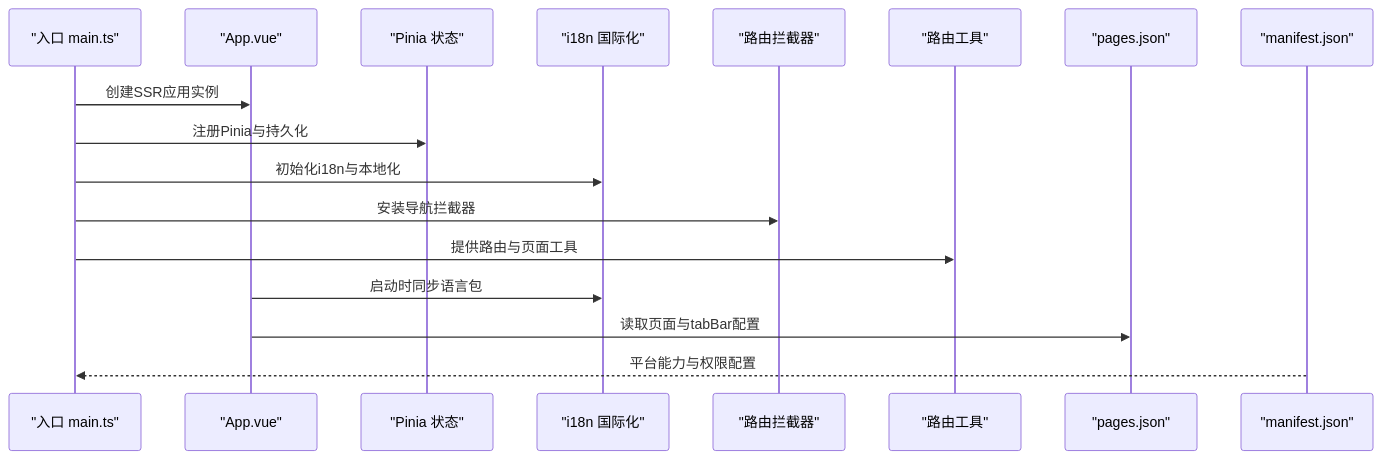
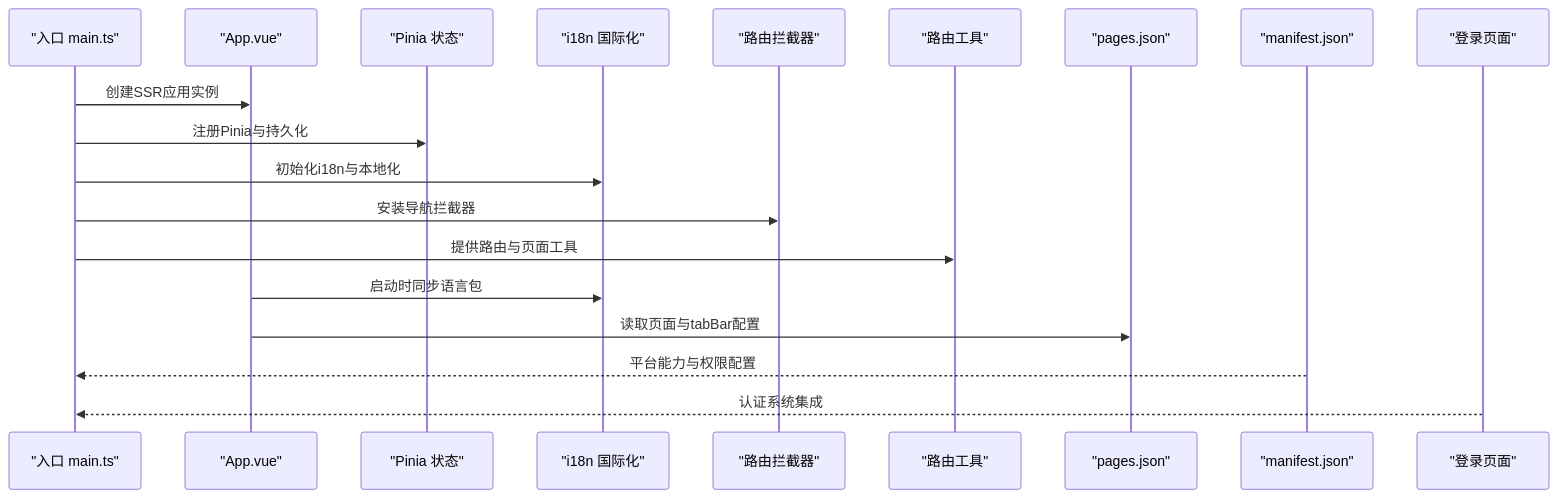
One commit to liov/hoper changed the second of 10 diagrams in .qoder/repowiki/zh/content/前端应用/UniApp 小程序/UniApp 小程序.md. Above: the diagram before and after it, drawn with Mermaid. The commit also changed other lines of this file and 49 other files, not shown here.

````diff
--- a/.qoder/repowiki/zh/content/前端应用/UniApp 小程序/UniApp 小程序.md
+++ b/.qoder/repowiki/zh/content/前端应用/UniApp 小程序/UniApp 小程序.md
@@ -95,19 +110,21 @@
 ```mermaid
 sequenceDiagram
 participant Boot as "入口 main.ts"
 participant App as "App.vue"
 participant Store as "Pinia 状态"
 participant I18N as "i18n 国际化"
 participant RouteInt as "路由拦截器"
 participant Utils as "路由工具"
 participant Pages as "pages.json"
 participant Manifest as "manifest.json"
+participant Login as "登录页面"
 Boot->>App : 创建SSR应用实例
 Boot->>Store : 注册Pinia与持久化
 Boot->>I18N : 初始化i18n与本地化
 Boot->>RouteInt : 安装导航拦截器
 Boot->>Utils : 提供路由与页面工具
 App->>I18N : 启动时同步语言包
 App->>Pages : 读取页面与tabBar配置
 Manifest-->>Boot : 平台能力与权限配置
+Login-->>Boot : 认证系统集成
 ```
````
